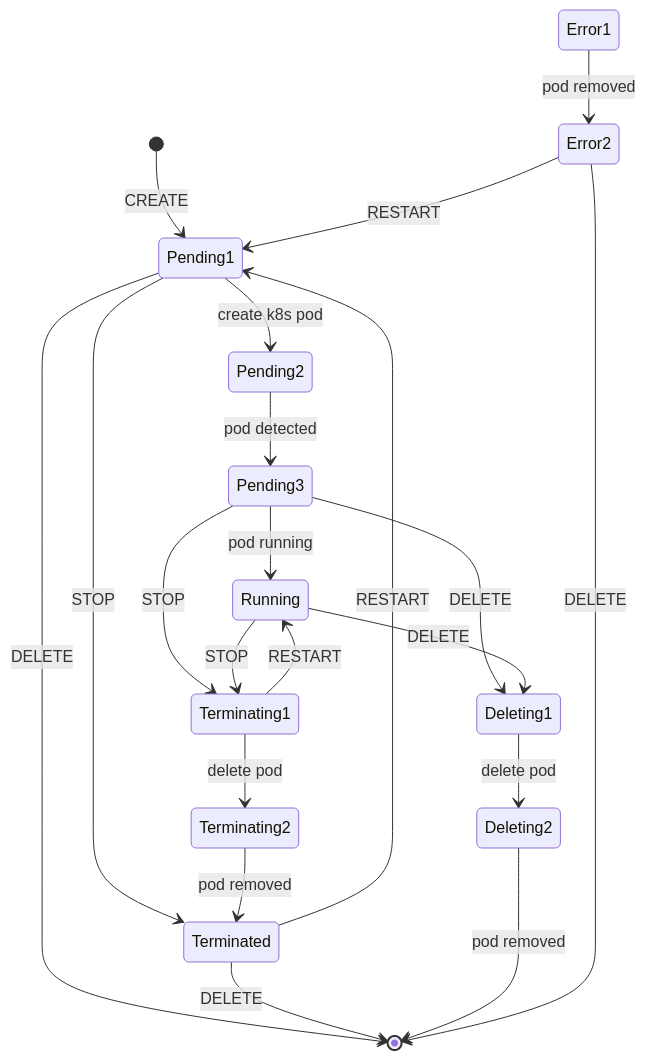
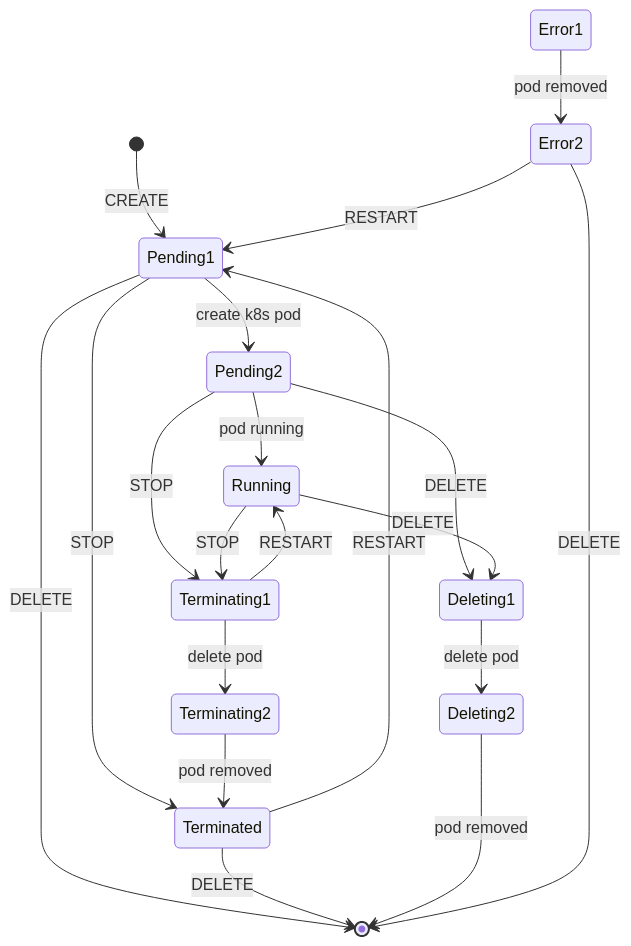
Before and after one commit to HaoYang670/rucat: the second of 2 diagrams in README.md, drawn with Mermaid. The commit also changed other lines of this file and 13 other files, not shown here.

````diff
--- a/README.md
+++ b/README.md
@@ -26,33 +33,32 @@
 ```mermaid
 stateDiagram
 
     [*] --> Pending1: CREATE
     Pending1 --> Pending2: create k8s pod
     Pending1 --> Terminated: STOP
     Pending1 --> [*]: DELETE
 
-    Pending2 --> Pending3: pod detected
-    Pending3 --> Running: pod running
-    Pending3 --> Terminating1: STOP
-    Pending3 --> Deleting1: DELETE
+    Pending2 --> Running: pod running
+    Pending2 --> Terminating1: STOP
+    Pending2 --> Deleting1: DELETE
 
     Running --> Terminating1: STOP
     Running --> Deleting1: DELETE
 
     Terminating1 --> Running: RESTART
     Terminating1 --> Terminating2: delete pod
 
     Terminating2 --> Terminated: pod removed
 
     Terminated --> Pending1: RESTART
     Terminated --> [*]: DELETE
 
     Deleting1 --> Deleting2: delete pod
 
     Deleting2 --> [*]: pod removed
 
     Error1 --> Error2: pod removed
     Error2 --> Pending1: RESTART
     Error2 --> [*]: DELETE
 
 ```
````
